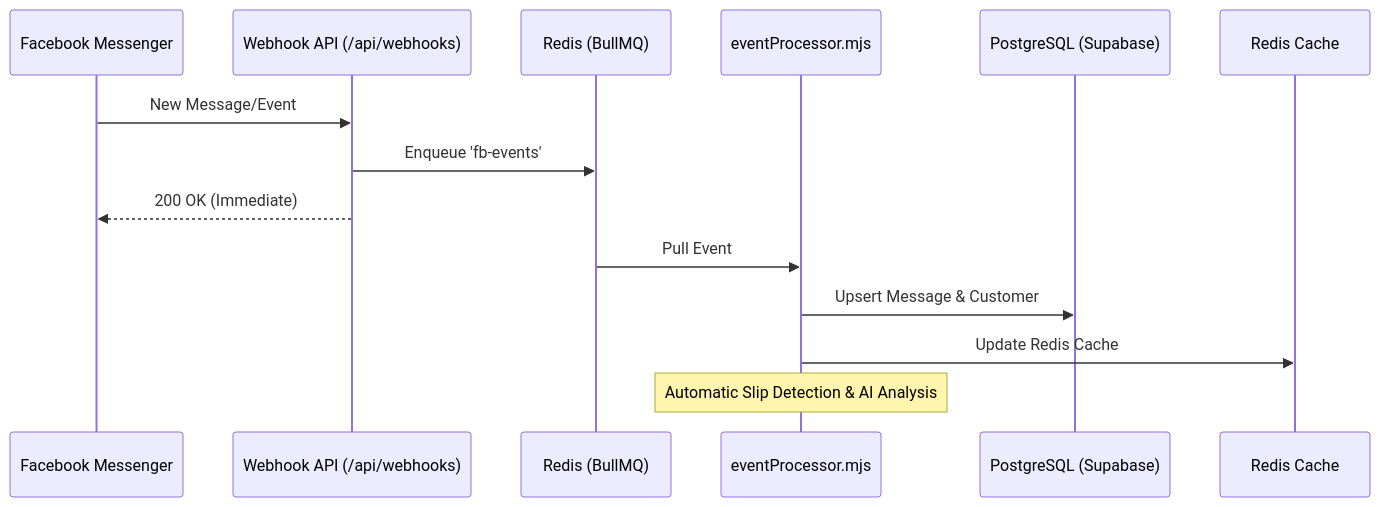
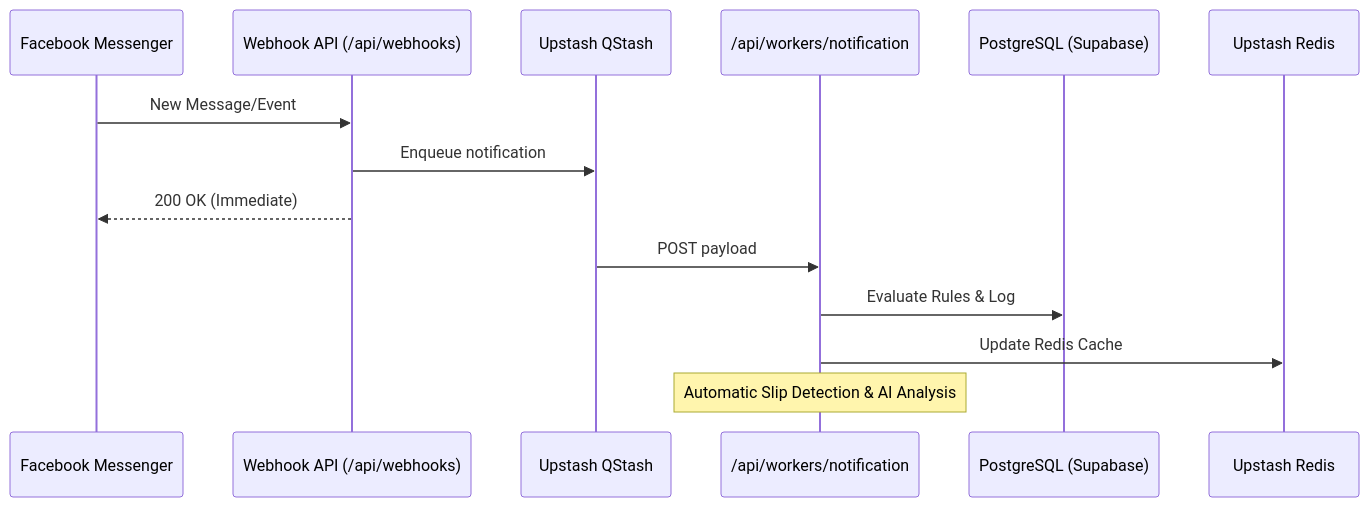
One commit to Freshair129/crmapp changed the fifth of 6 diagrams in docs/architecture/arc42-main.md. Above: the diagram before and after it, drawn with Mermaid. The commit also changed other lines of this file and 13 other files, not shown here.

````diff
--- a/docs/architecture/arc42-main.md
+++ b/docs/architecture/arc42-main.md
@@ -176,18 +165,18 @@
 ```mermaid
 sequenceDiagram
     participant FB as Facebook Messenger
     participant WH as Webhook API (/api/webhooks)
-    participant RD as Redis (BullMQ)
-    participant WK as eventProcessor.mjs
+    participant QS as Upstash QStash
+    participant NW as /api/workers/notification
     participant DB as PostgreSQL (Supabase)
-    participant LC as Redis Cache
+    participant LC as Upstash Redis
 
     FB->>WH: New Message/Event
-    WH->>RD: Enqueue 'fb-events'
+    WH->>QS: Enqueue notification
     WH-->>FB: 200 OK (Immediate)
     
-    RD->>WK: Pull Event
-    WK->>DB: Upsert Message & Customer
-    WK->>LC: Update Redis Cache
-    Note over WK: Automatic Slip Detection & AI Analysis
+    QS->>NW: POST payload
+    NW->>DB: Evaluate Rules & Log
+    NW->>LC: Update Redis Cache
+    Note over NW: Automatic Slip Detection & AI Analysis
 ```
````
